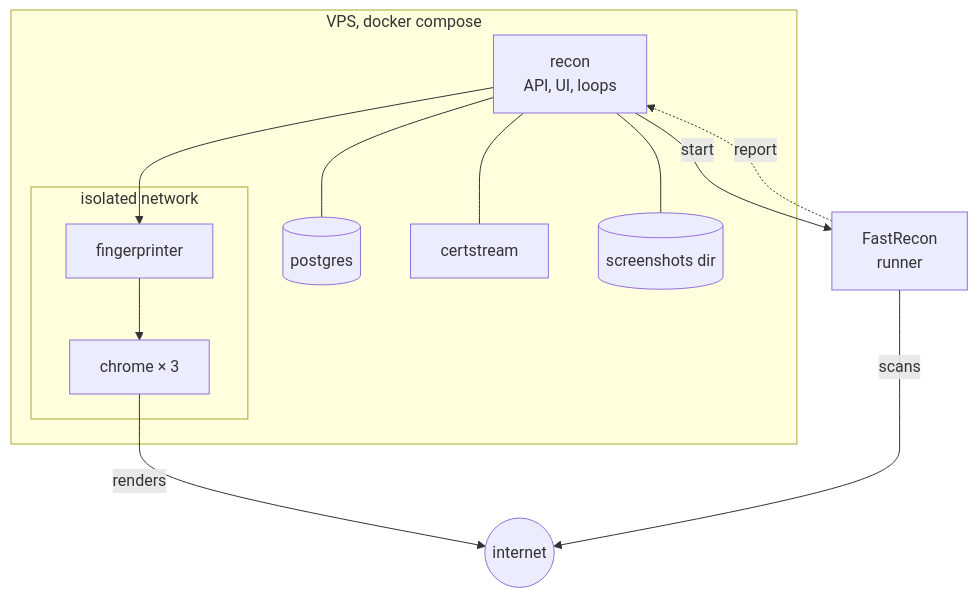
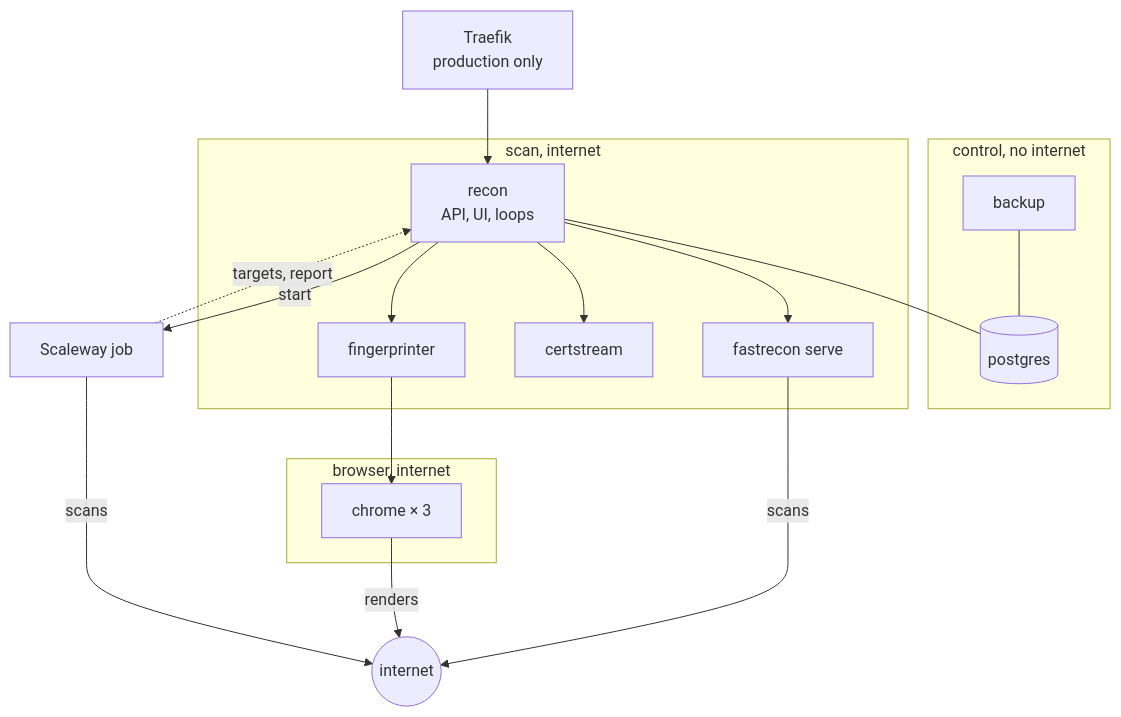
Before and after one commit to JoshuaMart/Recon: the first of 3 diagrams in docs/src/content/docs/architecture/stack.md, drawn with Mermaid. The commit also changed other lines of this file and 6 other files, not shown here.

First line of the commit message:
feat(deploy): the production stack, and Chrome on a network of its own

````diff
--- a/docs/src/content/docs/architecture/stack.md
+++ b/docs/src/content/docs/architecture/stack.md
@@ -41,21 +41,26 @@
 ```mermaid
 flowchart TB
-  subgraph VPS[VPS, docker compose]
+  T[Traefik<br/>production only] --> R
+  subgraph control[control, no internet]
+    PG[(postgres)]
+    BK[backup]
+  end
+  subgraph scan[scan, internet]
     R[recon<br/>API, UI, loops]
-    PG[(postgres)]
+    FR[fastrecon serve]
     CS[certstream]
-    subgraph ISO[isolated network]
-      FP[fingerprinter]
-      CH[chrome × 3]
-    end
-    DISK[(screenshots dir)]
+    FP[fingerprinter]
+  end
+  subgraph browser[browser, internet]
+    CH[chrome × 3]
   end
   R --- PG
-  R --- CS
+  BK --- PG
+  R --> FR
+  R --> CS
   R --> FP --> CH
-  R --- DISK
-  R -->|start| RUN[FastRecon<br/>runner]
-  RUN -.->|report| R
+  R -->|start| JOB[Scaleway job]
+  JOB -.->|targets, report| R
   CH -->|renders| NET((internet))
-  RUN -->|scans| NET
+  FR & JOB -->|scans| NET
 ```
````
